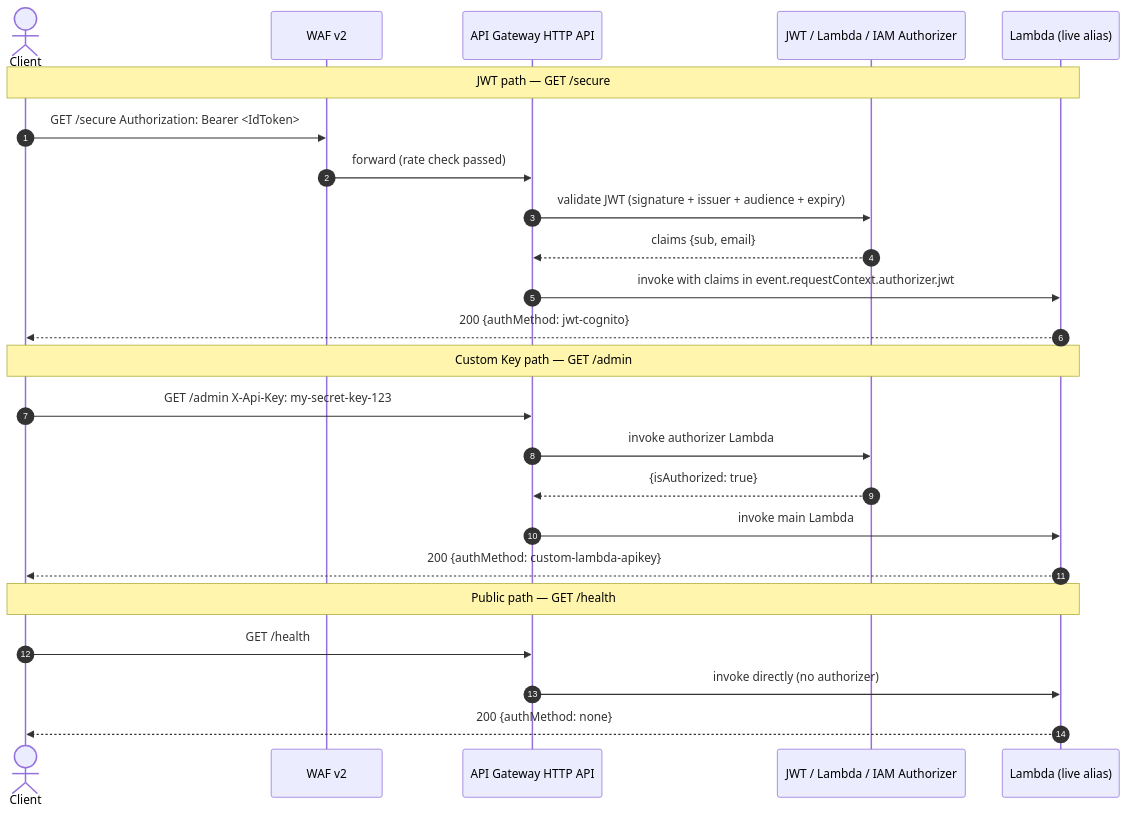
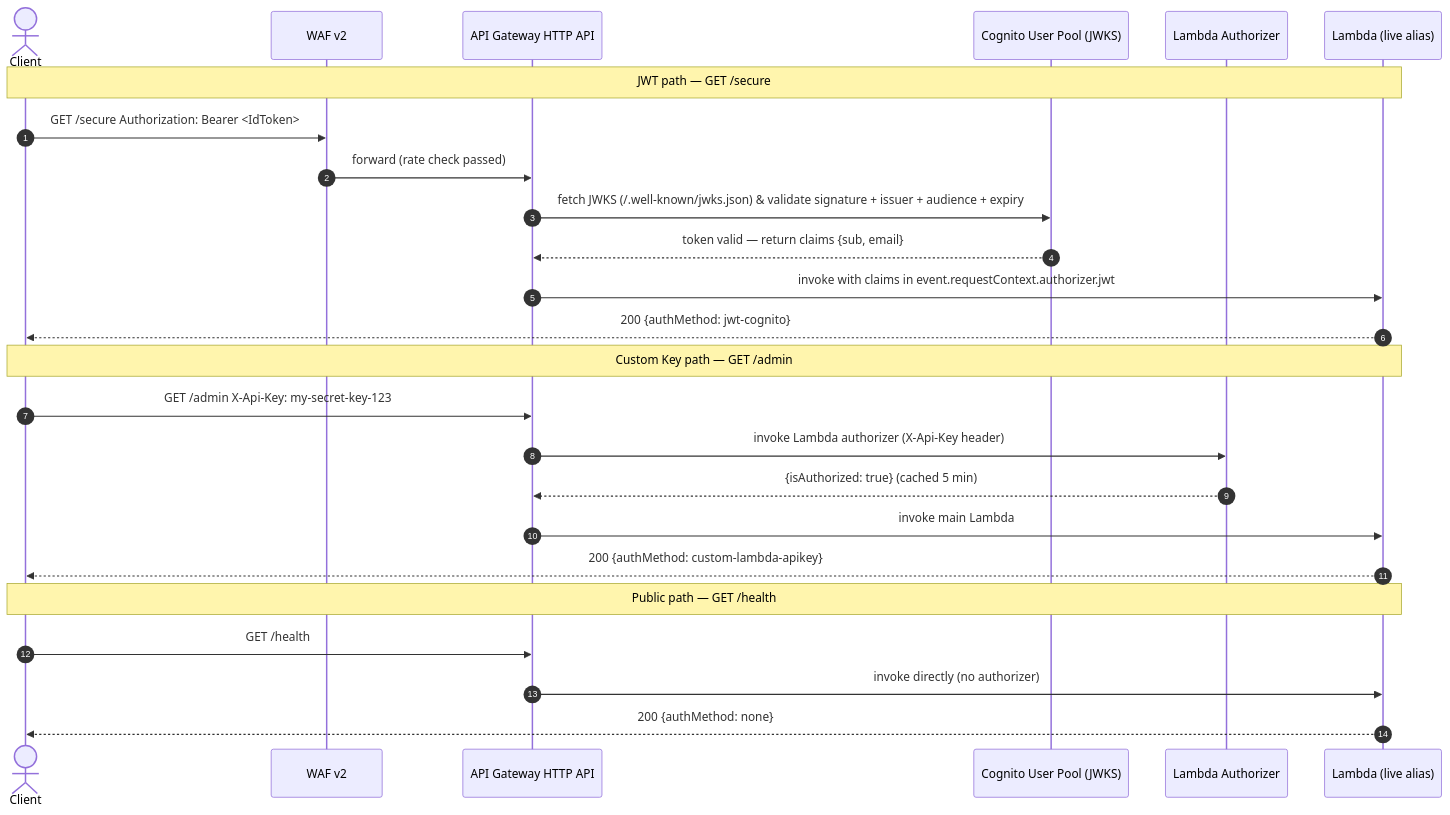
The first of 2 diagrams in README.md (sureshullagaddi/api-gateway-terraform), drawn with Mermaid before and after one commit.

Commit message:
push read me file

````diff
--- a/README.md
+++ b/README.md
@@ -22,29 +22,30 @@
 ```mermaid
 sequenceDiagram
     autonumber
     actor C as Client
     participant WAF as WAF v2
     participant GW as API Gateway HTTP API
-    participant Auth as JWT / Lambda / IAM Authorizer
+    participant Cognito as Cognito User Pool (JWKS)
+    participant Auth as Lambda Authorizer
     participant L as Lambda (live alias)
 
     Note over C,L: JWT path — GET /secure
     C->>WAF: GET /secure  Authorization: Bearer <IdToken>
     WAF->>GW: forward (rate check passed)
-    GW->>Auth: validate JWT (signature + issuer + audience + expiry)
-    Auth-->>GW: claims {sub, email}
+    GW->>Cognito: fetch JWKS (/.well-known/jwks.json) & validate signature + issuer + audience + expiry
+    Cognito-->>GW: token valid — return claims {sub, email}
     GW->>L: invoke with claims in event.requestContext.authorizer.jwt
     L-->>C: 200 {authMethod: jwt-cognito}
 
     Note over C,L: Custom Key path — GET /admin
     C->>GW: GET /admin  X-Api-Key: my-secret-key-123
-    GW->>Auth: invoke authorizer Lambda
-    Auth-->>GW: {isAuthorized: true}
+    GW->>Auth: invoke Lambda authorizer (X-Api-Key header)
+    Auth-->>GW: {isAuthorized: true} (cached 5 min)
     GW->>L: invoke main Lambda
     L-->>C: 200 {authMethod: custom-lambda-apikey}
 
     Note over C,L: Public path — GET /health
     C->>GW: GET /health
     GW->>L: invoke directly (no authorizer)
     L-->>C: 200 {authMethod: none}
 ```
````
